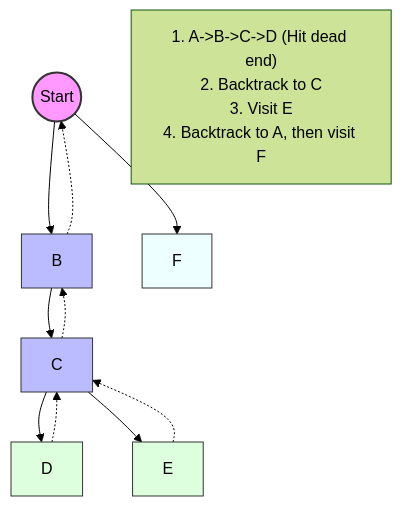
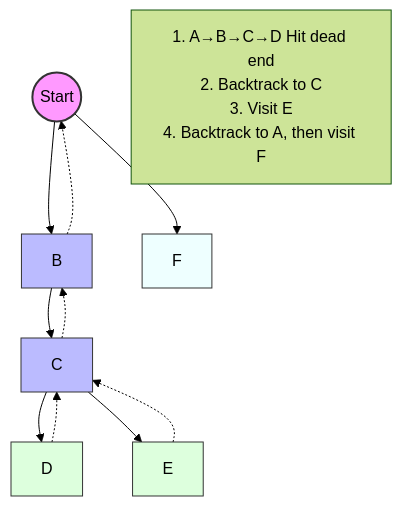
Before and after one commit to istaari/Leetcode: the sixth of 17 diagrams in notes/Graph.md, drawn with Mermaid (forest theme). The commit also changed other lines of this file and 12 other files, not shown here.

````diff
--- a/notes/Graph.md
+++ b/notes/Graph.md
@@ -650,21 +650,21 @@
 ```mermaid
 graph TD
     A((Start)) --> B
     B --> C
     C --> D
     D -.-> C
     C --> E
     E -.-> C
     C -.-> B
     B -.-> A
     A --> F
 
     style A fill:#f9f,stroke:#333,stroke-width:2px
     style B fill:#bbf,stroke:#333
     style C fill:#bbf,stroke:#333
     style D fill:#dfd,stroke:#333
     style E fill:#dfd,stroke:#333
     style F fill:#eff,stroke:#333
     
-    note["1. A->B->C->D (Hit dead end)<br/>2. Backtrack to C<br/>3. Visit E<br/>4. Backtrack to A, then visit F"]
+    info["1. A→B→C→D Hit dead end<br/>2. Backtrack to C<br/>3. Visit E<br/>4. Backtrack to A, then visit F"]
 ```
````
